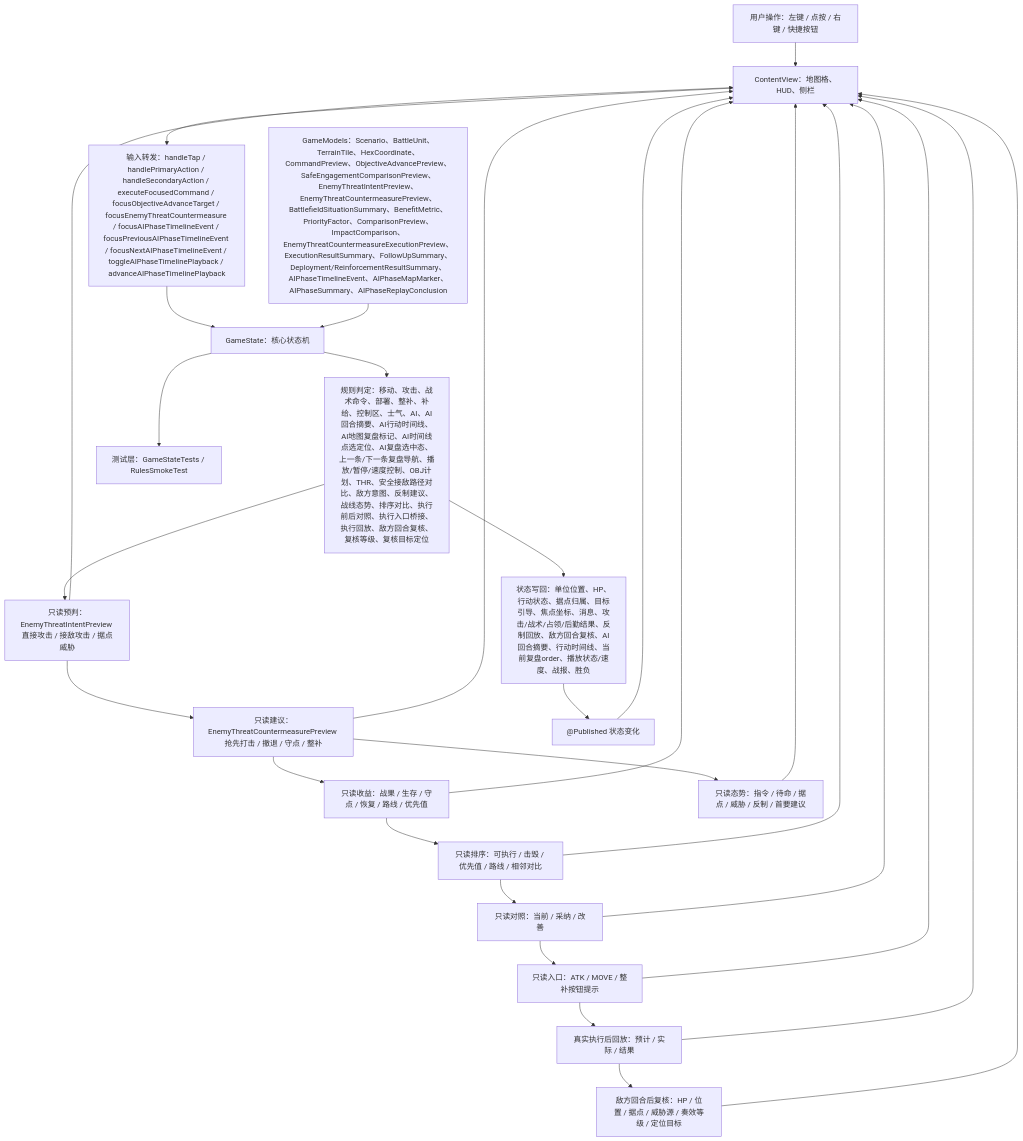
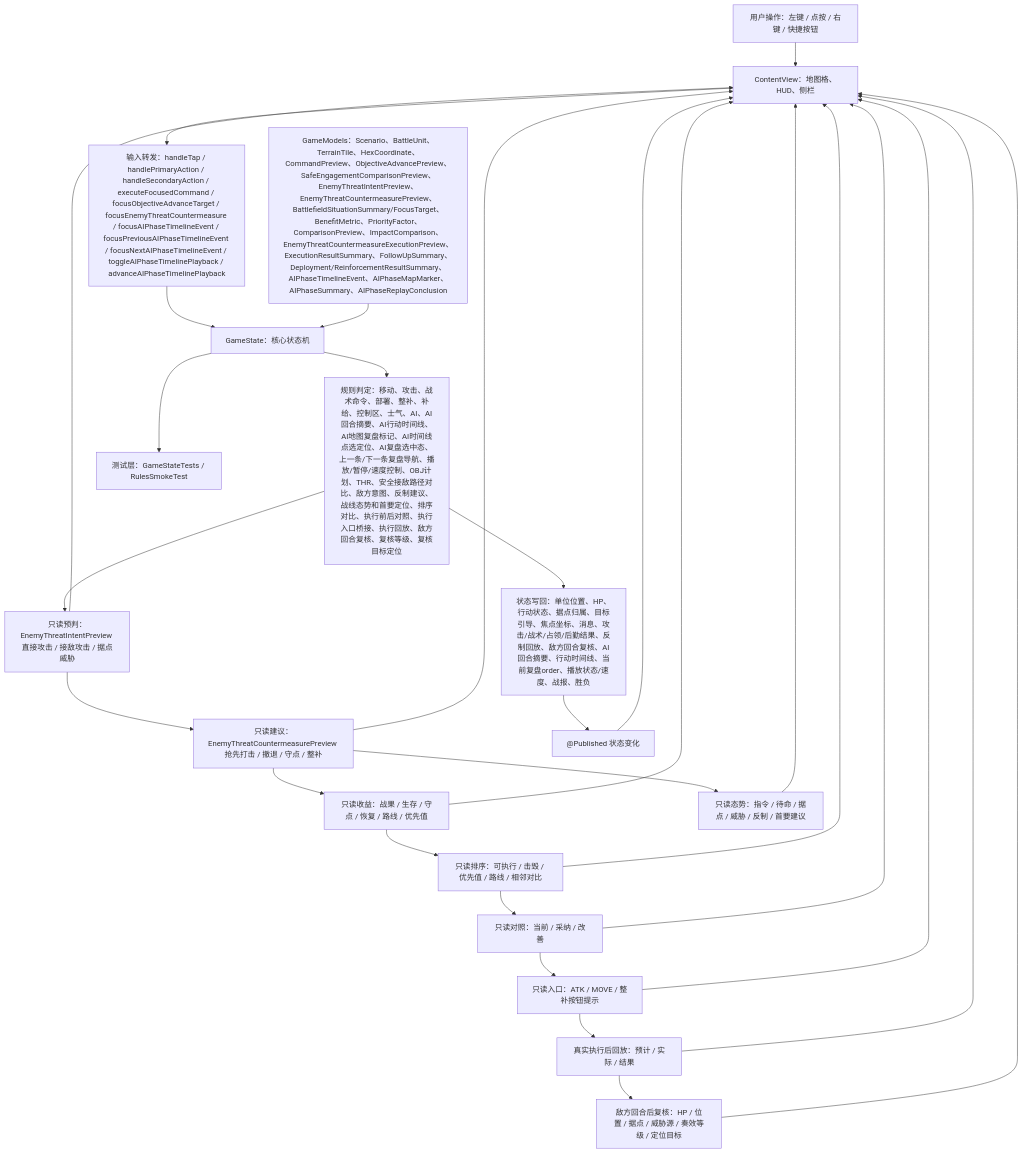
Before and after one commit to Altman-sam114/116: the first of 5 diagrams in md/flow/flowchart.md, drawn with Mermaid. The commit also changed other lines of this file and 11 other files, not shown here.

````diff
--- a/md/flow/flowchart.md
+++ b/md/flow/flowchart.md
@@ -9,30 +9,30 @@
 ```mermaid
 flowchart TD
   U["用户操作：左键 / 点按 / 右键 / 快捷按钮"] --> V["ContentView：地图格、HUD、侧栏"]
   V --> I["输入转发：handleTap / handlePrimaryAction / handleSecondaryAction / executeFocusedCommand / focusObjectiveAdvanceTarget / focusEnemyThreatCountermeasure / focusAIPhaseTimelineEvent / focusPreviousAIPhaseTimelineEvent / focusNextAIPhaseTimelineEvent / toggleAIPhaseTimelinePlayback / advanceAIPhaseTimelinePlayback"]
   I --> S["GameState：核心状态机"]
-  M["GameModels：Scenario、BattleUnit、TerrainTile、HexCoordinate、CommandPreview、ObjectiveAdvancePreview、SafeEngagementComparisonPreview、EnemyThreatIntentPreview、EnemyThreatCountermeasurePreview、BattlefieldSituationSummary、BenefitMetric、PriorityFactor、ComparisonPreview、ImpactComparison、EnemyThreatCountermeasureExecutionPreview、ExecutionResultSummary、FollowUpSummary、Deployment/ReinforcementResultSummary、AIPhaseTimelineEvent、AIPhaseMapMarker、AIPhaseSummary、AIPhaseReplayConclusion"] --> S
-  S --> R["规则判定：移动、攻击、战术命令、部署、整补、补给、控制区、士气、AI、AI回合摘要、AI行动时间线、AI地图复盘标记、AI时间线点选定位、AI复盘选中态、上一条/下一条复盘导航、播放/暂停/速度控制、OBJ计划、THR、安全接敌路径对比、敌方意图、反制建议、战线态势、排序对比、执行前后对照、执行入口桥接、执行回放、敌方回合复核、复核等级、复核目标定位"]
+  M["GameModels：Scenario、BattleUnit、TerrainTile、HexCoordinate、CommandPreview、ObjectiveAdvancePreview、SafeEngagementComparisonPreview、EnemyThreatIntentPreview、EnemyThreatCountermeasurePreview、BattlefieldSituationSummary/FocusTarget、BenefitMetric、PriorityFactor、ComparisonPreview、ImpactComparison、EnemyThreatCountermeasureExecutionPreview、ExecutionResultSummary、FollowUpSummary、Deployment/ReinforcementResultSummary、AIPhaseTimelineEvent、AIPhaseMapMarker、AIPhaseSummary、AIPhaseReplayConclusion"] --> S
+  S --> R["规则判定：移动、攻击、战术命令、部署、整补、补给、控制区、士气、AI、AI回合摘要、AI行动时间线、AI地图复盘标记、AI时间线点选定位、AI复盘选中态、上一条/下一条复盘导航、播放/暂停/速度控制、OBJ计划、THR、安全接敌路径对比、敌方意图、反制建议、战线态势和首要定位、排序对比、执行前后对照、执行入口桥接、执行回放、敌方回合复核、复核等级、复核目标定位"]
   R --> W["状态写回：单位位置、HP、行动状态、据点归属、目标引导、焦点坐标、消息、攻击/战术/占领/后勤结果、反制回放、敌方回合复核、AI回合摘要、行动时间线、当前复盘order、播放状态/速度、战报、胜负"]
   R --> EI["只读预判：EnemyThreatIntentPreview 直接攻击 / 接敌攻击 / 据点威胁"]
   EI --> EC["只读建议：EnemyThreatCountermeasurePreview 抢先打击 / 撤退 / 守点 / 整补"]
   EC --> BM["只读收益：战果 / 生存 / 守点 / 恢复 / 路线 / 优先值"]
   BM --> PC["只读排序：可执行 / 击毁 / 优先值 / 路线 / 相邻对比"]
   PC --> IP["只读对照：当前 / 采纳 / 改善"]
   IP --> EB["只读入口：ATK / MOVE / 整补按钮提示"]
   EC --> BS["只读态势：指令 / 待命 / 据点 / 威胁 / 反制 / 首要建议"]
   EB --> XR["真实执行后回放：预计 / 实际 / 结果"]
   XR --> FV["敌方回合后复核：HP / 位置 / 据点 / 威胁源 / 奏效等级 / 定位目标"]
   W --> P["@Published 状态变化"]
   P --> V
   EI --> V
   EC --> V
   BS --> V
   BM --> V
   PC --> V
   IP --> V
   EB --> V
   XR --> V
   FV --> V
   S --> T["测试层：GameStateTests / RulesSmokeTest"]
 ```
````
